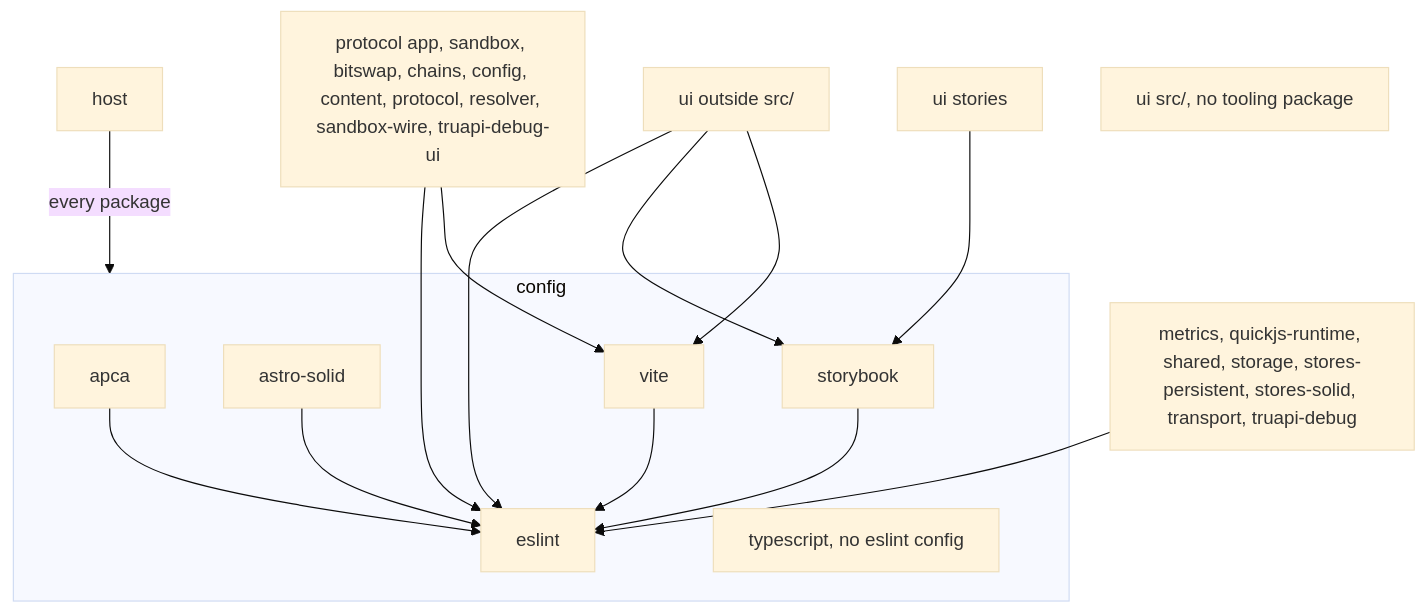
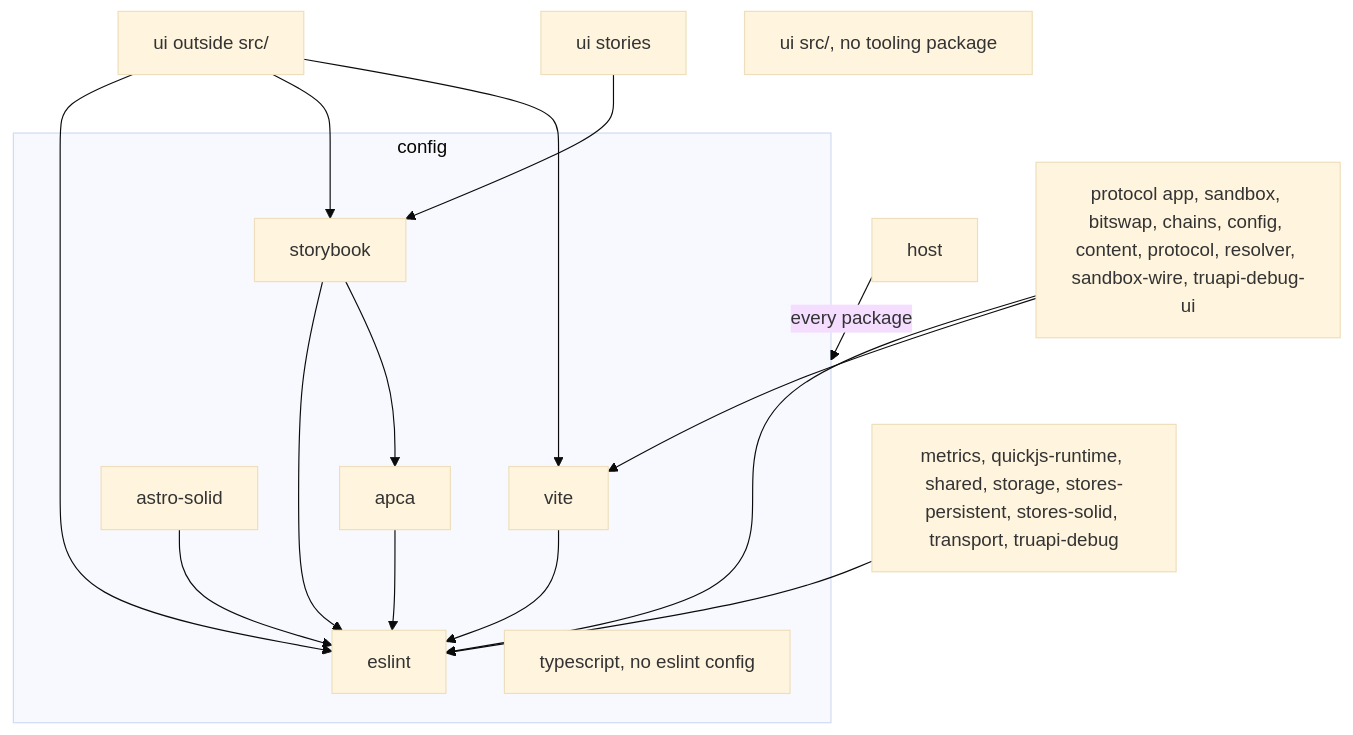
One commit to paritytech/dotli-community changed the second of 2 diagrams in docs/code/placement.md. Above: the diagram before and after it, drawn with Mermaid (base theme). The commit also changed 9 other files, not shown here.

First line of the commit message:
feat(storybook): check every story's text contrast with APCA

````diff
--- a/docs/code/placement.md
+++ b/docs/code/placement.md
@@ -75,23 +75,24 @@
 ```mermaid
 flowchart TD
   host[host]
   viteUsers["protocol app, sandbox, bitswap, chains, config, content, protocol, resolver, sandbox-wire, truapi-debug-ui"]
   eslintOnly["metrics, quickjs-runtime, shared, storage, stores-persistent, stores-solid, transport, truapi-debug"]
   uiRest["ui outside src/"]
   uiStories[ui stories]
   uiSrc["ui src/, no tooling package"]
   subgraph tooling [config]
     apca[apca]
     astroSolid[astro-solid]
     eslint[eslint]
     storybook[storybook]
     typescript["typescript, no eslint config"]
     vite[vite]
   end
   host -->|every package| tooling
   viteUsers --> eslint & vite
   eslintOnly --> eslint
   uiRest --> eslint & storybook & vite
   uiStories --> storybook
   apca & astroSolid & storybook & vite --> eslint
+  storybook --> apca
 ```
````
